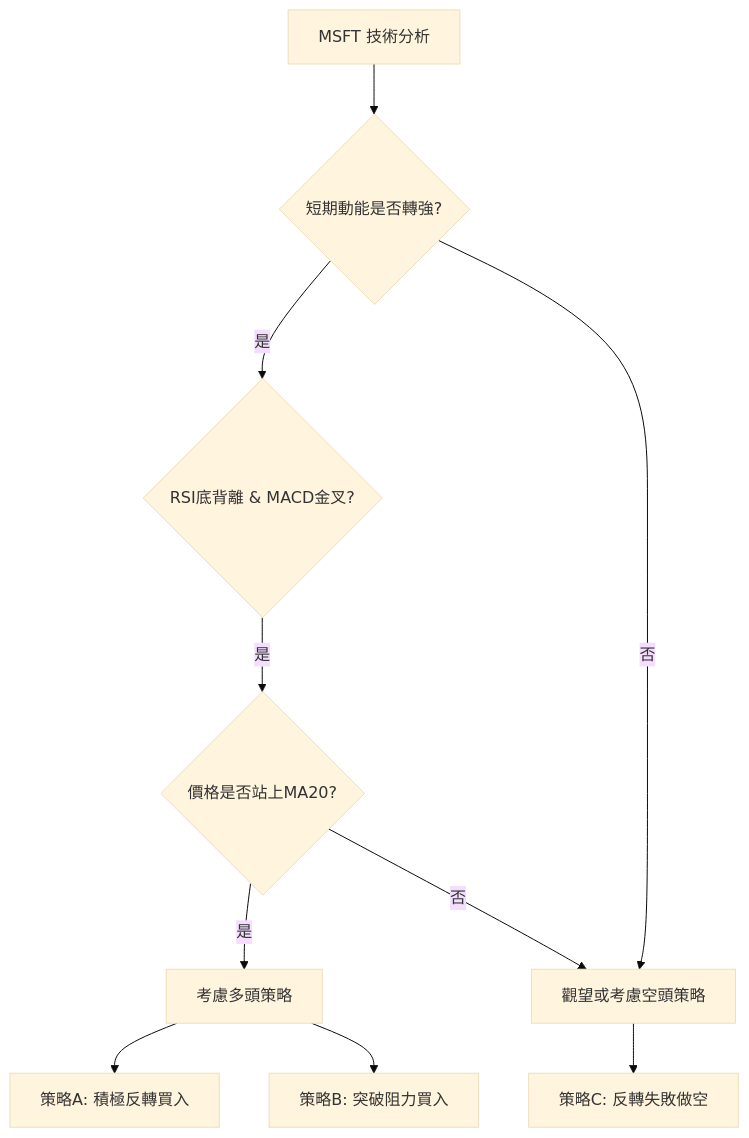
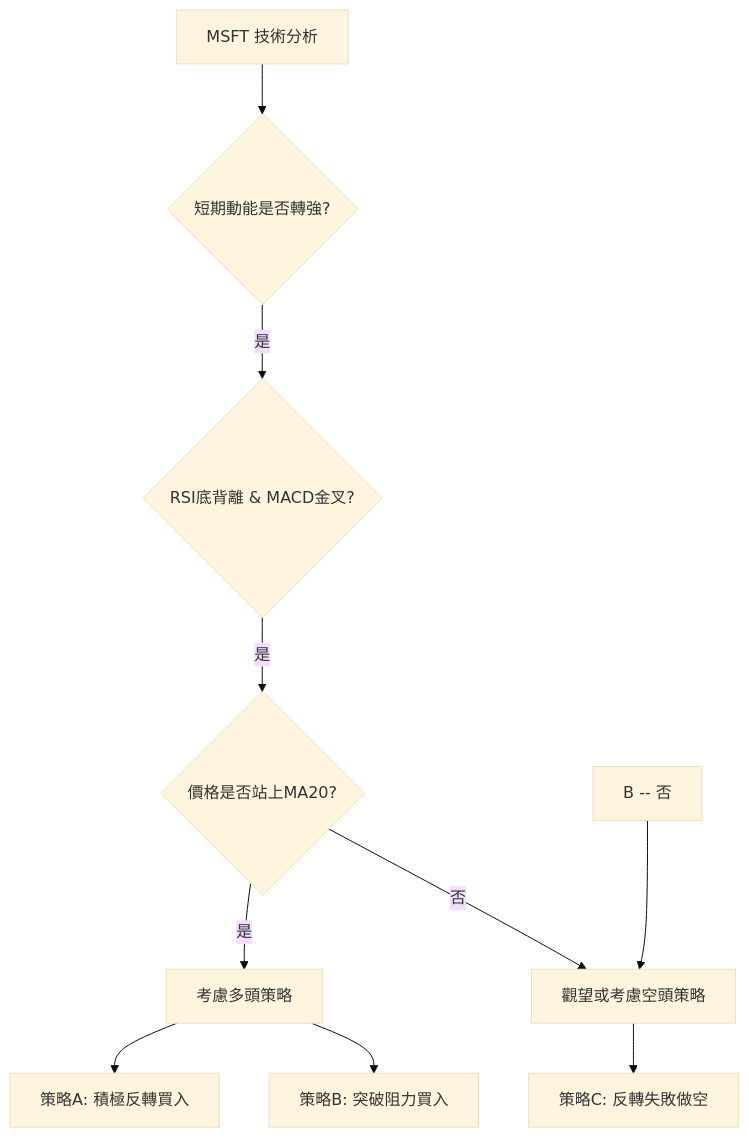
One commit to yennanliu/finance_data changed the ninth of 10 diagrams in ai_gen_report/stock/msft/technical_analysis_2026-07-06_gemini.md. Above: the diagram before and after it, drawn with Mermaid (base theme). The commit also changed other lines of this file and 2258 other files, not shown here.

First line of the commit message:
chore: backfill Mermaid syntax repair across existing reports

````diff
--- a/ai_gen_report/stock/msft/technical_analysis_2026-07-06_gemini.md
+++ b/ai_gen_report/stock/msft/technical_analysis_2026-07-06_gemini.md
@@ -678,14 +678,14 @@
 ```mermaid
 graph TD
-    A[MSFT 技術分析] --> B{短期動能是否轉強?}
-    B -- 是 --> C{RSI底背離 & MACD金叉?}
-    C -- 是 --> D{價格是否站上MA20?}
-    D -- 是 --> E[考慮多頭策略]
-    E --> E1[策略A: 積極反轉買入]
-    E --> E2[策略B: 突破阻力買入]
+    A["MSFT 技術分析"] --> B{"短期動能是否轉強?"}
+    B -- 是 --> C{"RSI底背離 & MACD金叉?"}
+    C -- 是 --> D{"價格是否站上MA20?"}
+    D -- 是 --> E["考慮多頭策略"]
+    E --> E1["策略A: 積極反轉買入"]
+    E --> E2["策略B: 突破阻力買入"]
 
-    D -- 否 --> F[觀望或考慮空頭策略]
-    F --> F1[策略C: 反轉失敗做空]
+    D -- 否 --> F["觀望或考慮空頭策略"]
+    F --> F1["策略C: 反轉失敗做空"]
 
-    B -- 否 --> F
+    nb1["B -- 否"] --> F
 ```
````
